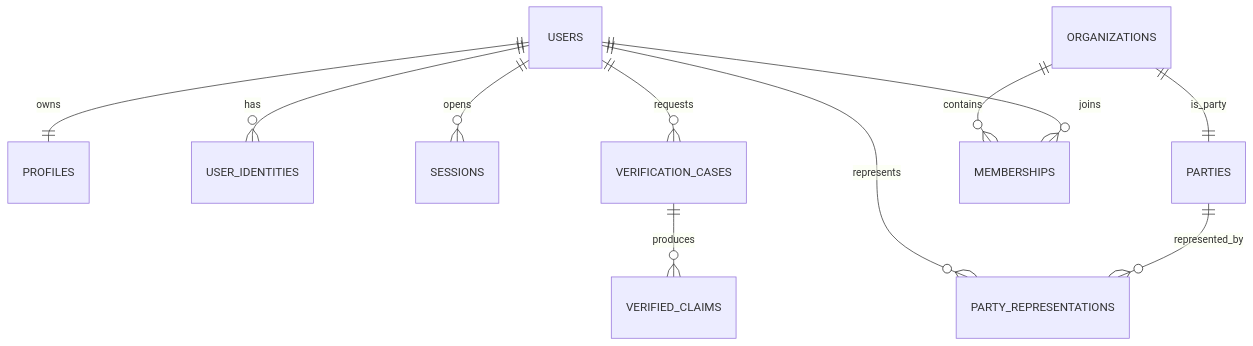
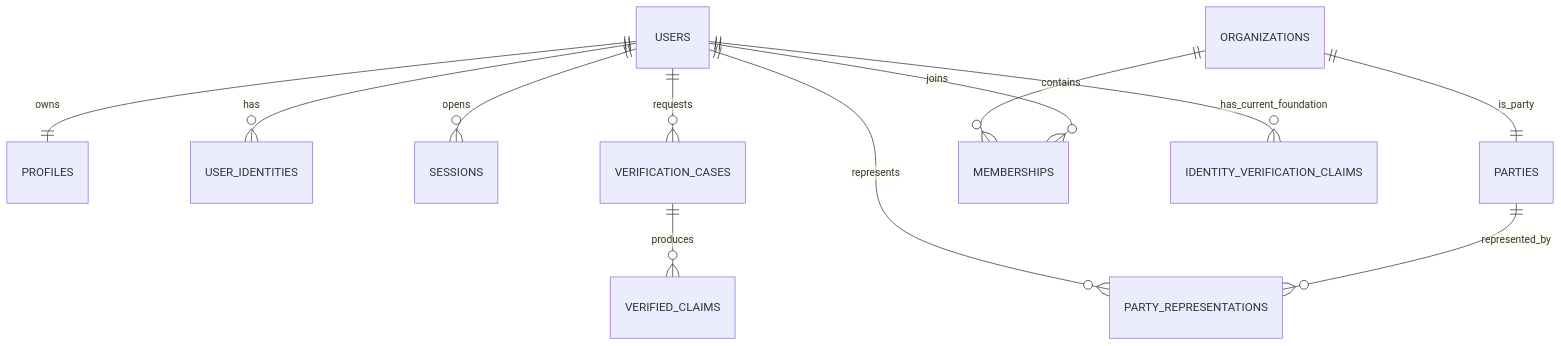
The first of 9 diagrams in docs/02-architecture/DATA_MODEL.md (nurgeldiserikbay/QaryzLinkDocs), drawn with Mermaid before and after one commit. The commit also changed other lines of this file, not shown here.

Commit message:
docs: record current identity claim data model

```diff
--- a/docs/02-architecture/DATA_MODEL.md
+++ b/docs/02-architecture/DATA_MODEL.md
@@ -18,13 +18,14 @@
 ~~~mermaid
 erDiagram
     USERS ||--|| PROFILES : owns
     USERS ||--o{ USER_IDENTITIES : has
     USERS ||--o{ SESSIONS : opens
     USERS ||--o{ VERIFICATION_CASES : requests
     USERS ||--o{ PARTY_REPRESENTATIONS : represents
     PARTIES ||--o{ PARTY_REPRESENTATIONS : represented_by
     ORGANIZATIONS ||--|| PARTIES : is_party
     ORGANIZATIONS ||--o{ MEMBERSHIPS : contains
     USERS ||--o{ MEMBERSHIPS : joins
     VERIFICATION_CASES ||--o{ VERIFIED_CLAIMS : produces
+    USERS ||--o{ IDENTITY_VERIFICATION_CLAIMS : has_current_foundation
 ~~~
```
